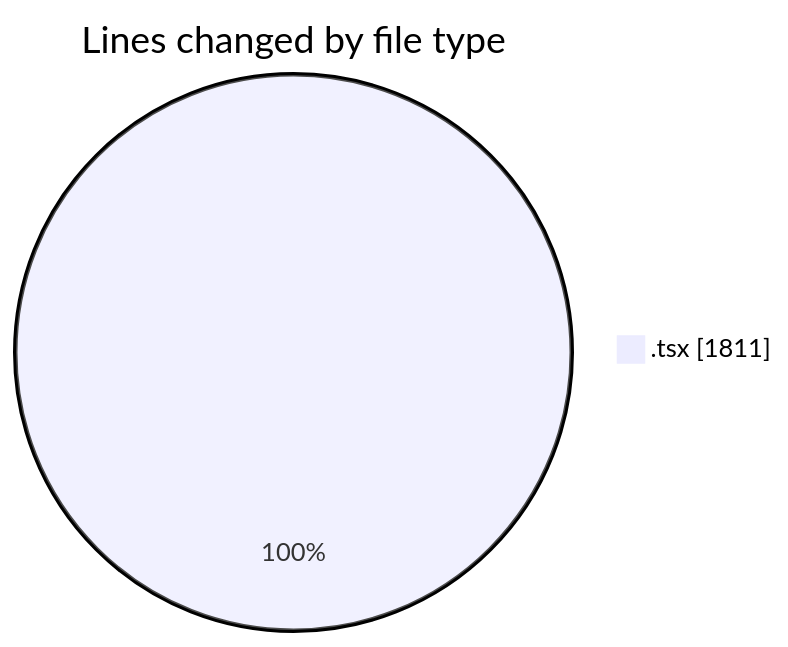
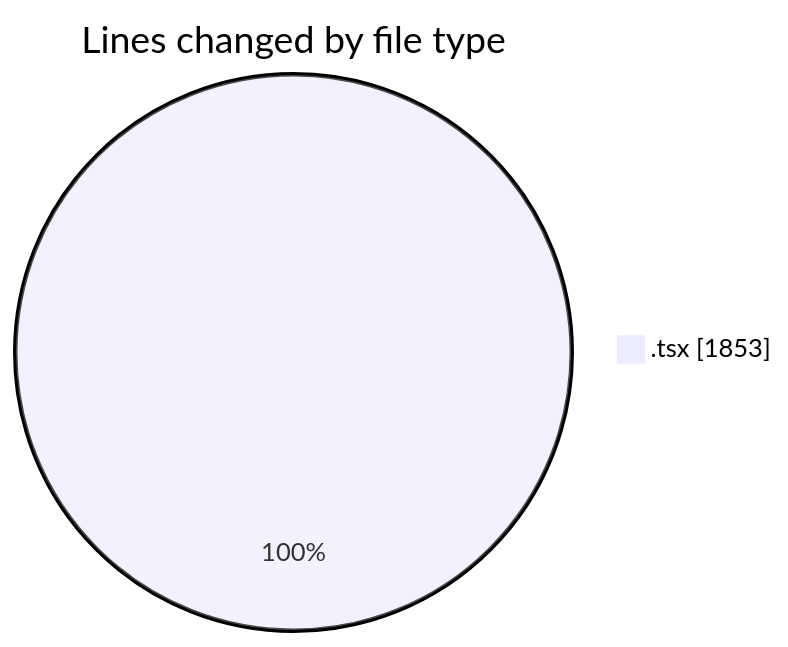
Before and after one commit to nxtqubesakshisongat/code-tracking: the first of 2 diagrams in 2026-03-05/nxtqube_webapp/README.md, drawn with Mermaid. The commit also changed other lines of this file and 1 other file, not shown here.

````diff
--- a/2026-03-05/nxtqube_webapp/README.md
+++ b/2026-03-05/nxtqube_webapp/README.md
@@ -21,5 +21,5 @@
 ```mermaid
 pie showData
 title Lines changed by file type
-".tsx" : 1811
+".tsx" : 1853
 ```
````
